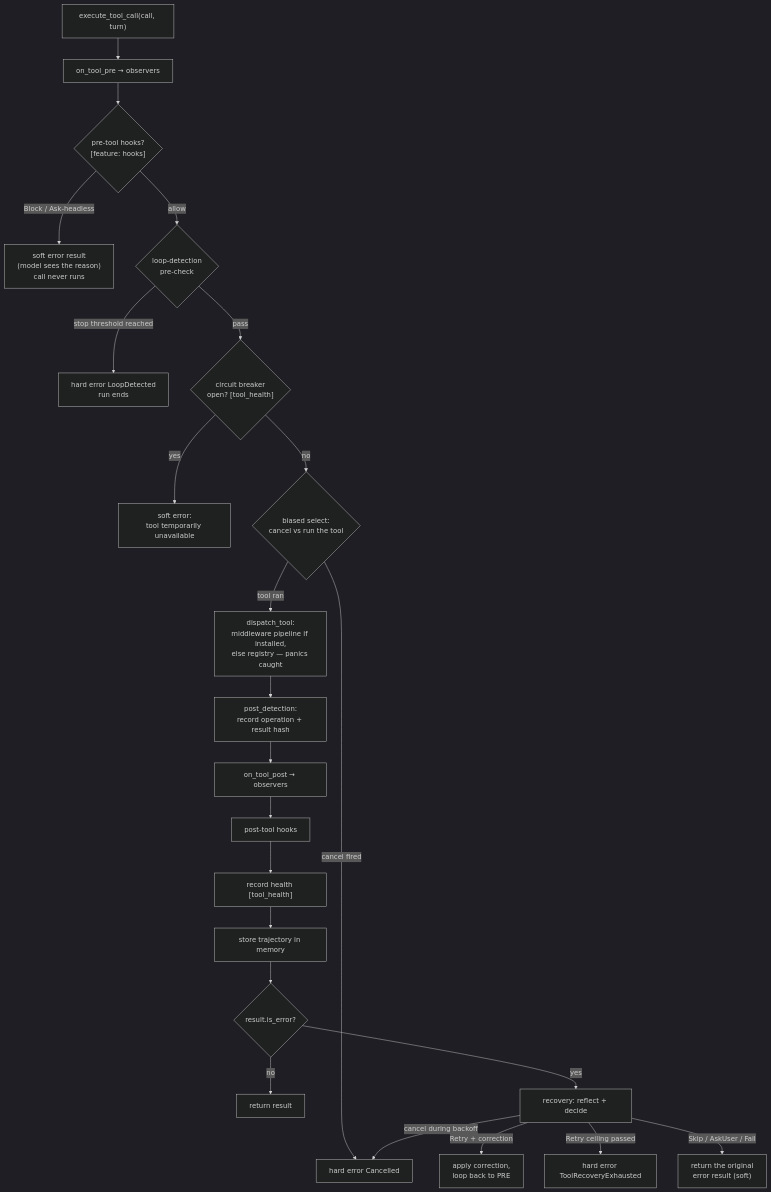
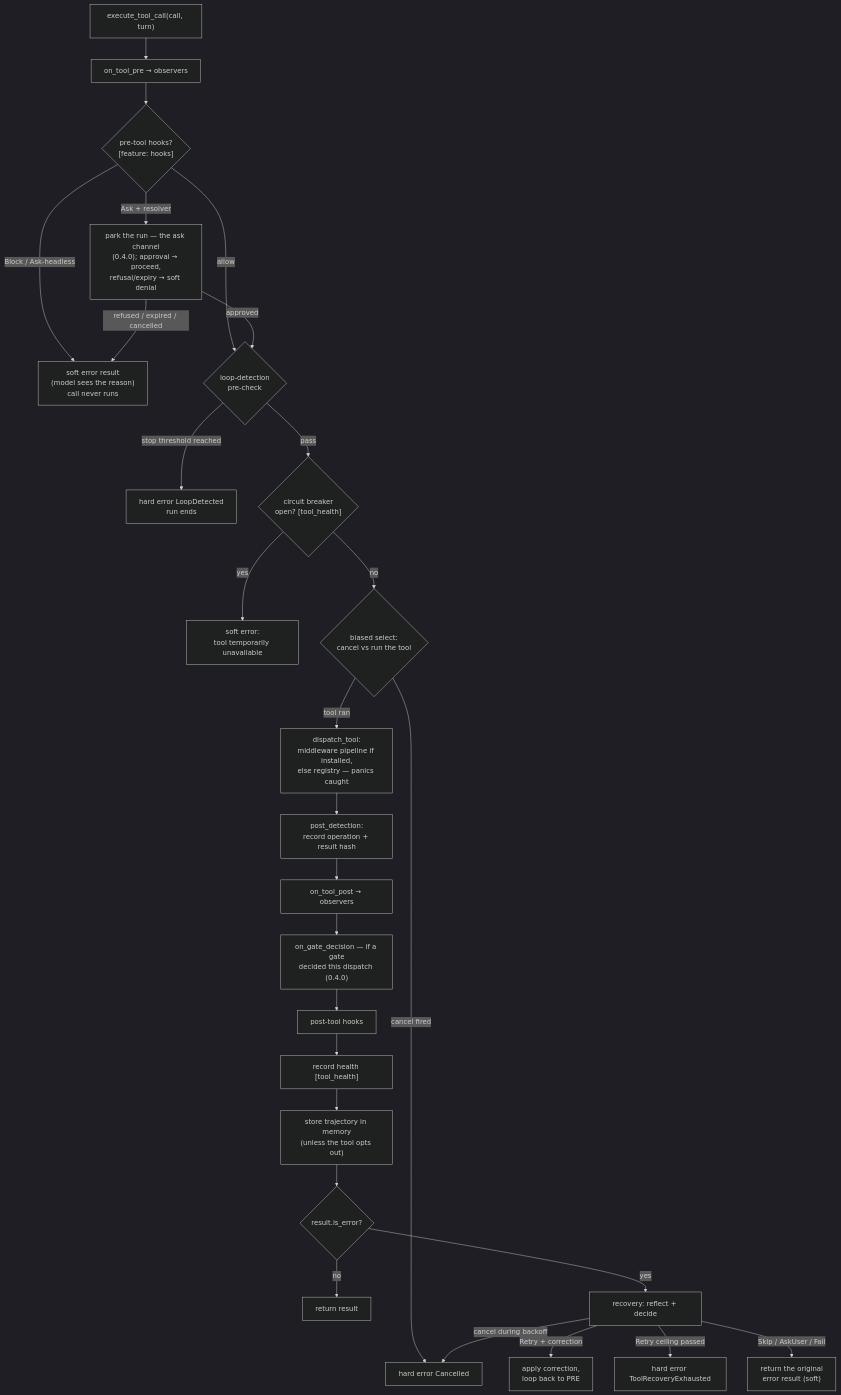
Before and after one commit to dch-labs/loopctl-web: the diagram in knowledge-base/02-engine/04-tool-dispatch.md, drawn with Mermaid (dark theme). The commit also changed other lines of this file and 221 other files, not shown here.

````diff
--- a/knowledge-base/02-engine/04-tool-dispatch.md
+++ b/knowledge-base/02-engine/04-tool-dispatch.md
@@ -11,25 +11,29 @@
 ```mermaid
 flowchart TD
     E["execute_tool_call(call, turn)"] --> PRE["on_tool_pre → observers"]
     PRE --> HOOKS{"pre-tool hooks?<br/>[feature: hooks]"}
     HOOKS -- "Block / Ask-headless" --> BLK["soft error result<br/>(model sees the reason)<br/>call never runs"]
+    HOOKS -- "Ask + resolver" --> PARK["park the run — the ask channel<br/>(0.4.0); approval → proceed,<br/>refusal/expiry → soft denial"]
     HOOKS -- allow --> DET{"loop-detection<br/>pre-check"}
     DET -- "stop threshold reached" --> LOOPHARD["hard error LoopDetected<br/>run ends"]
     DET -- pass --> HG{"circuit breaker<br/>open? [tool_health]"}
     HG -- yes --> CB["soft error:<br/>tool temporarily unavailable"]
     HG -- no --> RACE{"biased select:<br/>cancel vs run the tool"}
     RACE -- "cancel fired" --> CANCHARD["hard error Cancelled"]
     RACE -- "tool ran" --> RUN["dispatch_tool:<br/>middleware pipeline if installed,<br/>else registry — panics caught"]
     RUN --> POSTD["post_detection:<br/>record operation + result hash"]
     POSTD --> POST["on_tool_post → observers"]
-    POST --> PHOOK["post-tool hooks"]
+    POST --> GATE["on_gate_decision — if a gate<br/>decided this dispatch (0.4.0)"]
+    GATE --> PHOOK["post-tool hooks"]
     PHOOK --> HEALTH["record health [tool_health]"]
-    HEALTH --> MEM["store trajectory in memory"]
+    HEALTH --> MEM["store trajectory in memory<br/>(unless the tool opts out)"]
     MEM --> ERR{"result.is_error?"}
     ERR -- no --> DONE["return result"]
     ERR -- yes --> REC["recovery: reflect + decide"]
     REC -- "Retry + correction" --> FIX["apply correction,<br/>loop back to PRE"]
     REC -- "Retry ceiling passed" --> EXH["hard error ToolRecoveryExhausted"]
     REC -- "Skip / AskUser / Fail" --> SOFT["return the original<br/>error result (soft)"]
     REC -- "cancel during backoff" --> CANCHARD
+    PARK -- "approved" --> DET
+    PARK -- "refused / expired / cancelled" --> BLK
 ```
````
